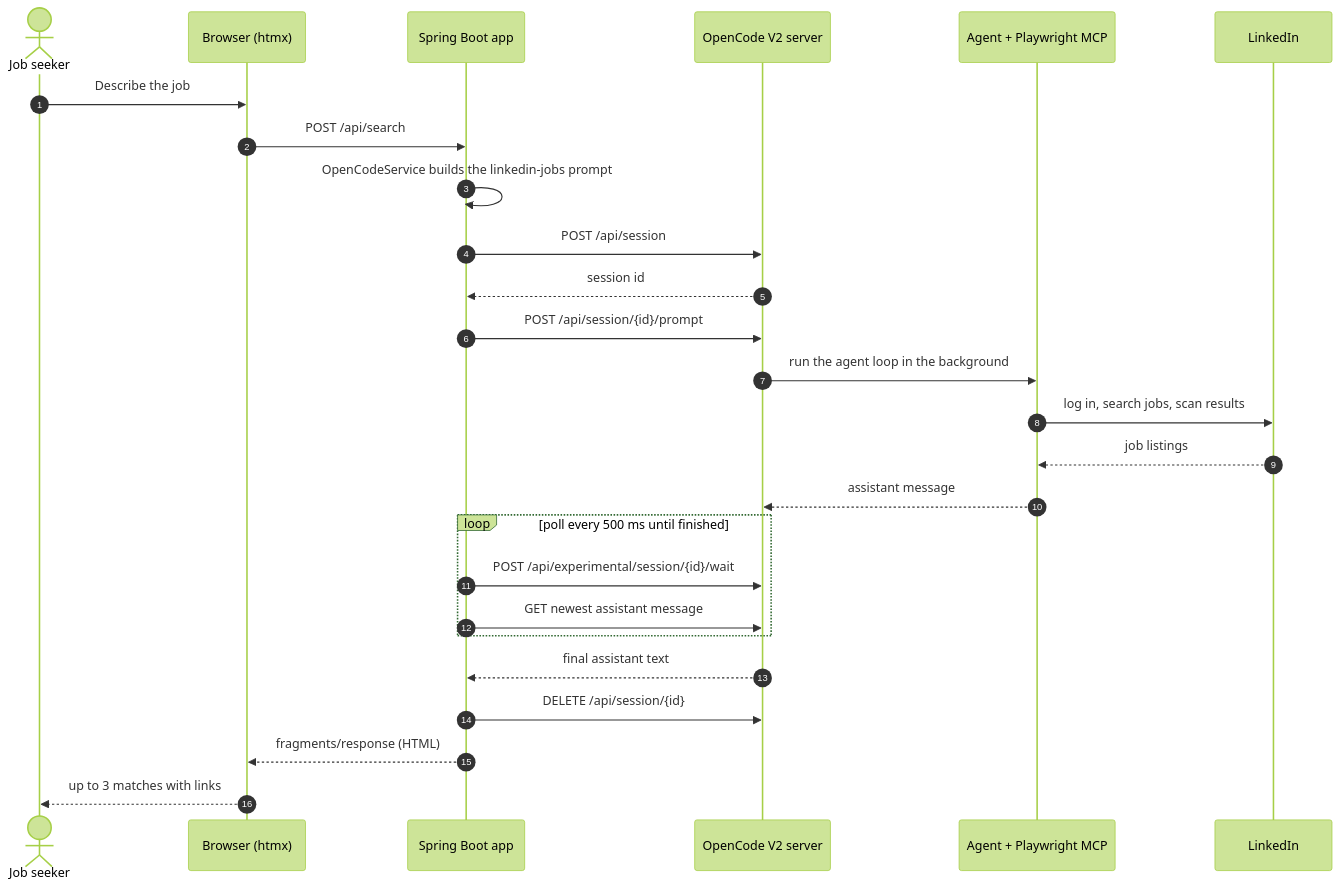
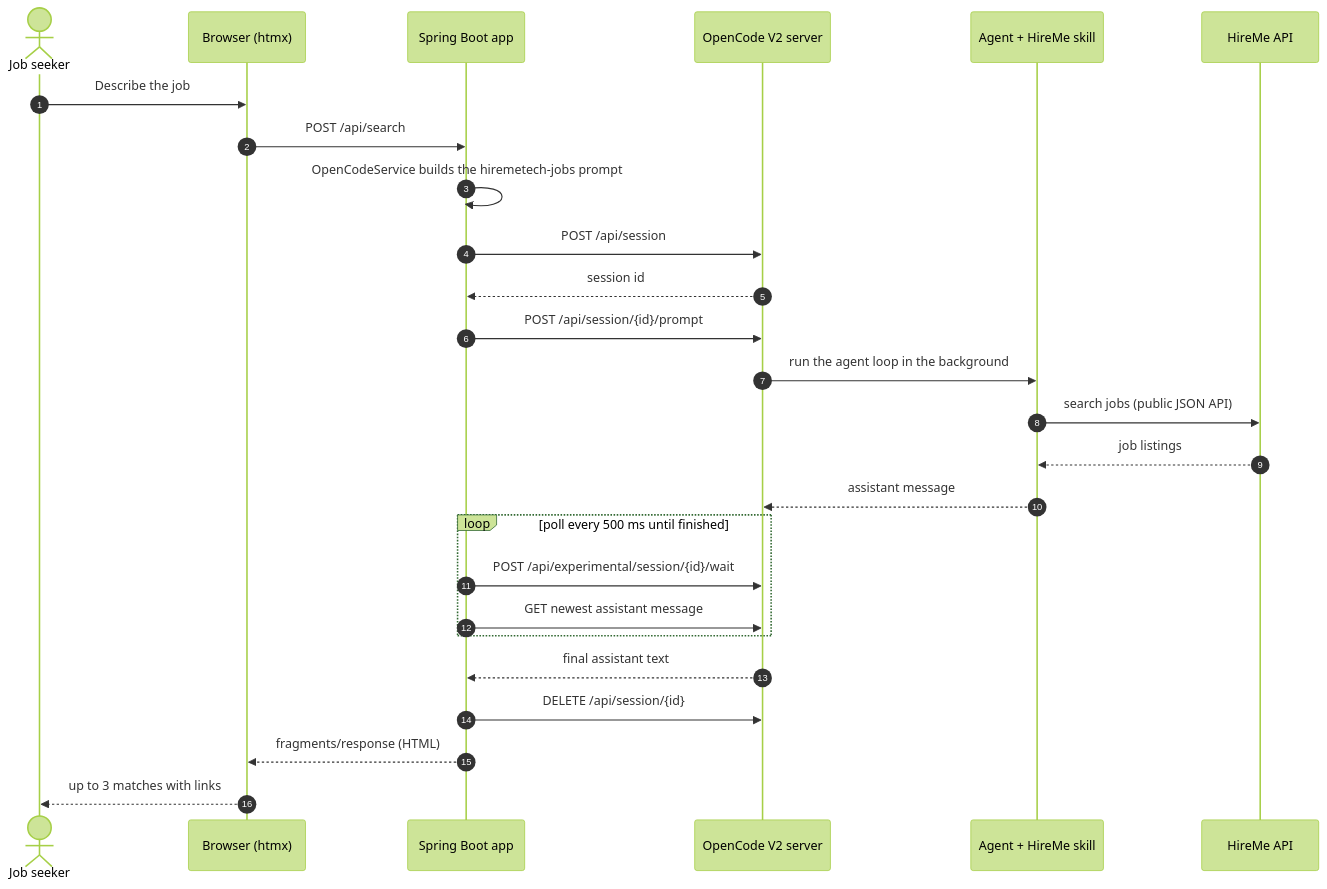
The second of 3 diagrams in README.md (danieliyahu1/keren-job), drawn with Mermaid (forest theme) before and after one commit. The commit also changed other lines of this file, not shown here.

Commit message:
docs: describe the hiremetech-only search

````diff
--- a/README.md
+++ b/README.md
@@ -62,31 +59,31 @@
 ```mermaid
 sequenceDiagram
     autonumber
     actor U as Job seeker
     participant UI as Browser (htmx)
     participant APP as Spring Boot app
     participant OC as OpenCode V2 server
-    participant AG as Agent + Playwright MCP
-    participant LI as LinkedIn
+    participant AG as Agent + HireMe skill
+    participant HM as HireMe API
 
     U->>UI: Describe the job
     UI->>APP: POST /api/search
-    APP->>APP: OpenCodeService builds the linkedin-jobs prompt
+    APP->>APP: OpenCodeService builds the hiremetech-jobs prompt
     APP->>OC: POST /api/session
     OC-->>APP: session id
     APP->>OC: POST /api/session/{id}/prompt
     OC->>AG: run the agent loop in the background
-    AG->>LI: log in, search jobs, scan results
-    LI-->>AG: job listings
+    AG->>HM: search jobs (public JSON API)
+    HM-->>AG: job listings
     AG-->>OC: assistant message
 
     loop poll every 500 ms until finished
         APP->>OC: POST /api/experimental/session/{id}/wait
         APP->>OC: GET newest assistant message
     end
 
     OC-->>APP: final assistant text
     APP->>OC: DELETE /api/session/{id}
     APP-->>UI: fragments/response (HTML)
     UI-->>U: up to 3 matches with links
 ```
````
